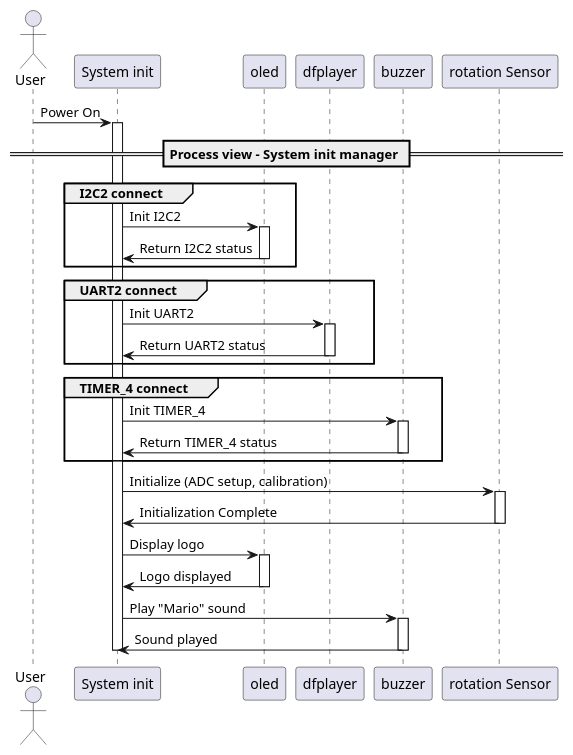
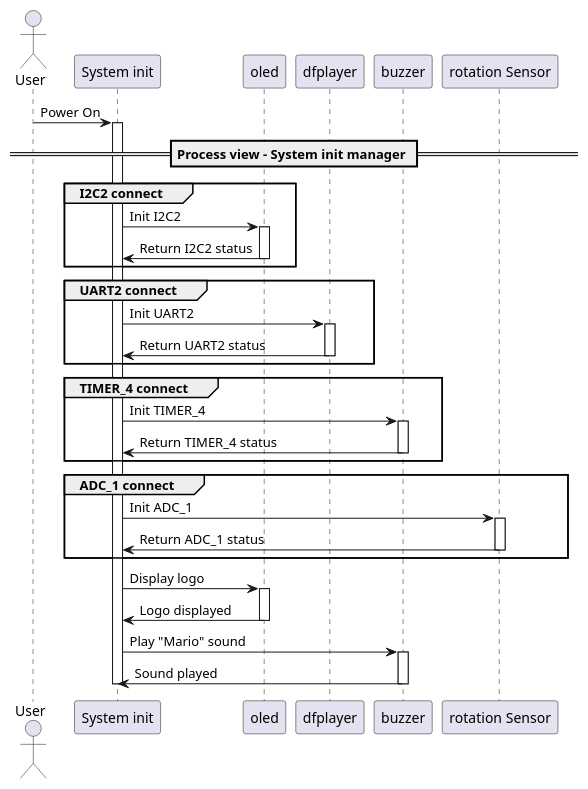
One commit to toannguyentien-itr-intern/MP3_Player changed the diagram in Documents/Seqence_diagram/Initialzation.wsd. Above: the diagram before and after it, drawn with PlantUML.

Commit message:
Update: Optimize the group ADC_1 connect

```diff
--- a/Documents/Seqence_diagram/Initialzation.wsd
+++ b/Documents/Seqence_diagram/Initialzation.wsd
@@ -1,52 +1,54 @@
 @startuml Initialization
 
 actor User
 participant "System init"   as    MainSystem
 participant OLED            as    "oled"
 participant DFPlayer        as    "dfplayer"
 participant Buzzer          as    "buzzer"
 participant RotationSensor  as    "rotation Sensor" 
 
 User -> MainSystem: Power On
 activate MainSystem
 
 == Process view - System init manager ==
 
 group I2C2 connect
 MainSystem -> OLED: Init I2C2 
 activate OLED
 OLED -> MainSystem: Return I2C2 status
 deactivate OLED
 end
 
 group UART2 connect
 MainSystem -> DFPlayer: Init UART2
 activate DFPlayer
 DFPlayer -> MainSystem: Return UART2 status
 deactivate DFPlayer
 end
 
 group TIMER_4 connect
 MainSystem -> Buzzer: Init TIMER_4
 activate Buzzer
 Buzzer -> MainSystem: Return TIMER_4 status
 deactivate Buzzer
 end
 
-MainSystem -> RotationSensor: Initialize (ADC setup, calibration)
+group ADC_1 connect
+MainSystem -> RotationSensor: Init ADC_1
 activate RotationSensor
-RotationSensor -> MainSystem: Initialization Complete
+RotationSensor -> MainSystem: Return ADC_1 status
 deactivate RotationSensor
+end
 
 MainSystem -> OLED: Display logo
 activate OLED
 OLED -> MainSystem: Logo displayed
 deactivate OLED
 
 MainSystem -> Buzzer: Play "Mario" sound
 activate Buzzer
 Buzzer -> MainSystem: Sound played
 deactivate Buzzer
 
 deactivate MainSystem
 @enduml
```
